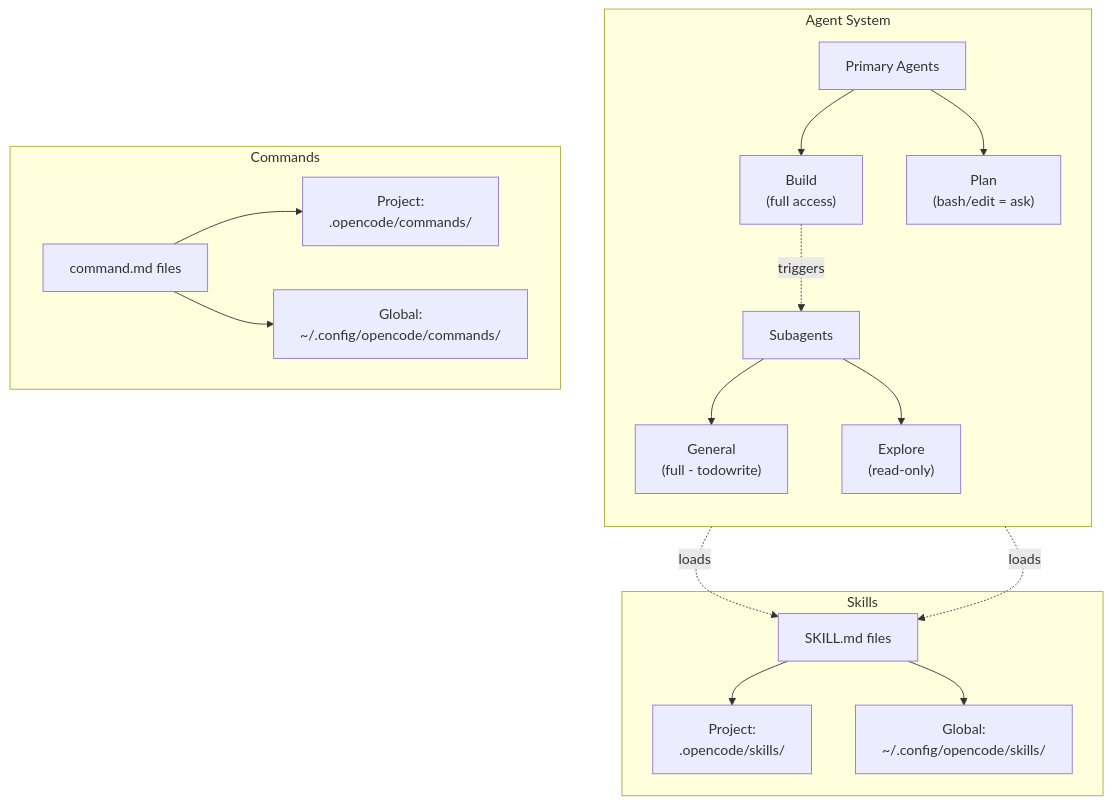
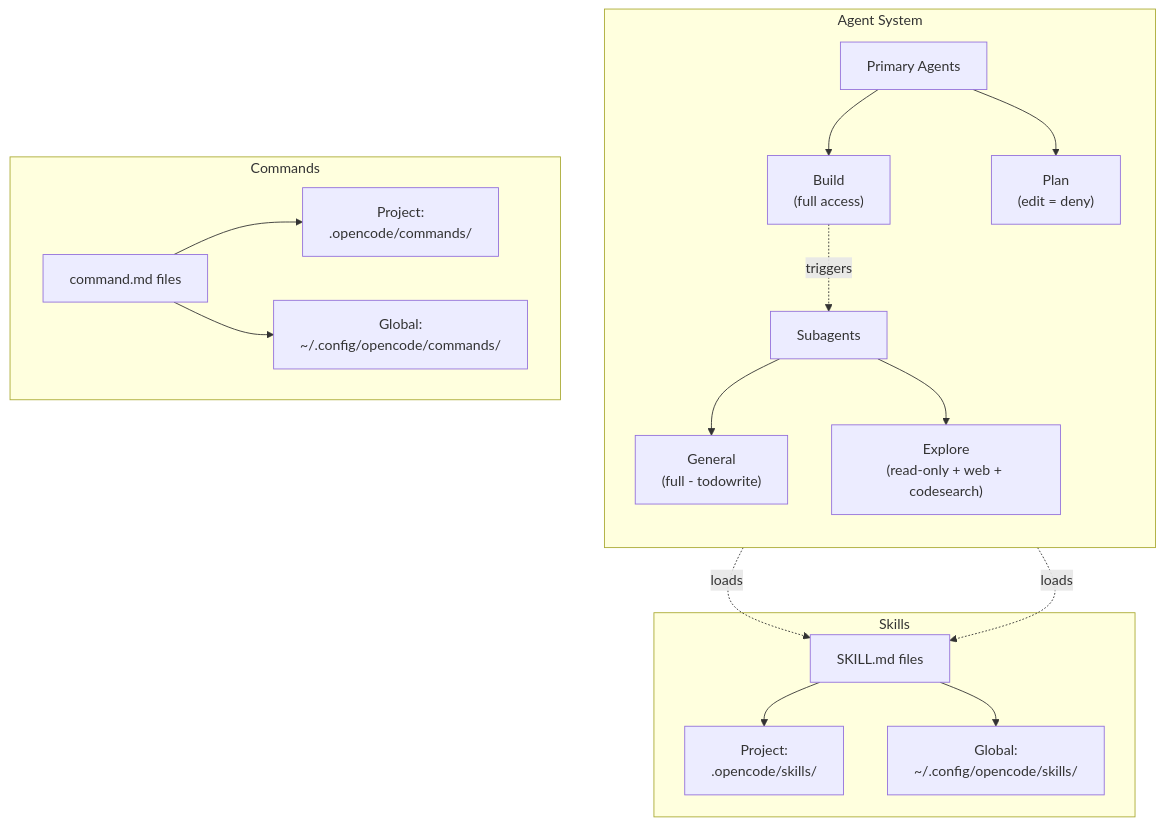
The first of 3 diagrams in 07-skills-agents/README.md (dxvidparham/opencode-primer), drawn with Mermaid before and after one commit. The commit also changed other lines of this file and 12 other files, not shown here.

````diff
--- a/07-skills-agents/README.md
+++ b/07-skills-agents/README.md
@@ -60,24 +60,24 @@
 ```mermaid
 flowchart TD
   subgraph "Agent System"
     direction TB
     A["Primary Agents"] --> B["Build\n(full access)"]
-    A --> C["Plan\n(bash/edit = ask)"]
+    A --> C["Plan\n(edit = deny)"]
     D["Subagents"] --> E["General\n(full - todowrite)"]
-    D --> F["Explore\n(read-only)"]
+    D --> F["Explore\n(read-only + web + codesearch)"]
   end
 
   subgraph "Skills"
     G["SKILL.md files"] --> H["Project:\n.opencode/skills/"]
     G --> I["Global:\n~/.config/opencode/skills/"]
   end
 
   subgraph "Commands"
     J["command.md files"] --> K["Project:\n.opencode/commands/"]
     J --> L["Global:\n~/.config/opencode/commands/"]
   end
 
   B -.->|"loads"| G
   C -.->|"loads"| G
   B -.->|"triggers"| D
 ```
````
